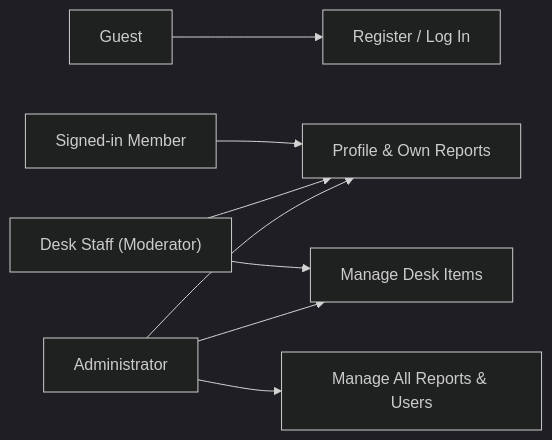
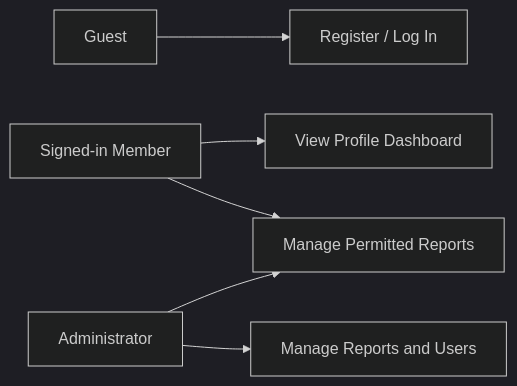
One commit to Ishmam2001/saaa changed the second of 2 diagrams in docs/02-srs.md. Above: the diagram before and after it, drawn with Mermaid (dark theme). The commit also changed other lines of this file and 2 other files, not shown here.

````diff
--- a/docs/02-srs.md
+++ b/docs/02-srs.md
@@ -152,20 +181,19 @@
 ```mermaid
 flowchart LR
     Guest["Guest"]
     Member["Signed-in Member"]
-    Staff["Desk Staff (Moderator)"]
     Admin["Administrator"]
 
     Reg["Register / Log In"]
-    Dash["Profile & Own Reports"]
-    TeamDesk["Manage Desk Items"]
-    ManageAll["Manage All Reports & Users"]
+    Dash["View Profile Dashboard"]
+    Permitted["Manage Permitted Reports"]
+    ManageAll["Manage Reports and Users"]
 
     Guest --> Reg
+
     Member --> Dash
-    Staff --> Dash
-    Staff --> TeamDesk
-    Admin --> Dash
-    Admin --> TeamDesk
+    Member --> Permitted
+
+    Admin --> Permitted
     Admin --> ManageAll
 ```
````
